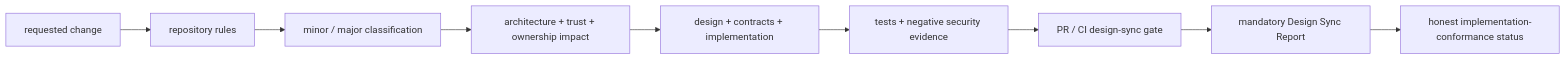
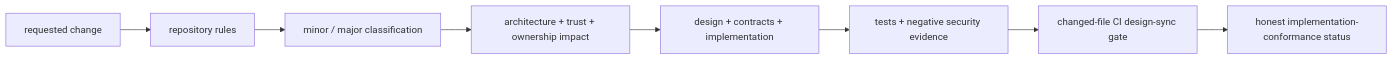
The third of 3 diagrams in docs/design/high-level/design_01.md (diaryfolio/MalZone), drawn with Mermaid before and after one commit. The commit also changed other lines of this file and 15 other files, not shown here.

````diff
--- a/docs/design/high-level/design_01.md
+++ b/docs/design/high-level/design_01.md
@@ -177,11 +177,10 @@
 ```mermaid
 flowchart LR
     Request["requested change"] --> Rules["repository rules"]
     Rules --> Classify["minor / major classification"]
     Classify --> Impact["architecture + trust + ownership impact"]
     Impact --> Sync["design + contracts + implementation"]
     Sync --> Evidence["tests + negative security evidence"]
-    Evidence --> Gate["PR / CI design-sync gate"]
-    Gate --> Report["mandatory Design Sync Report"]
-    Report --> Conformance["honest implementation-conformance status"]
+    Evidence --> Gate["changed-file CI design-sync gate"]
+    Gate --> Conformance["honest implementation-conformance status"]
 ```
````
